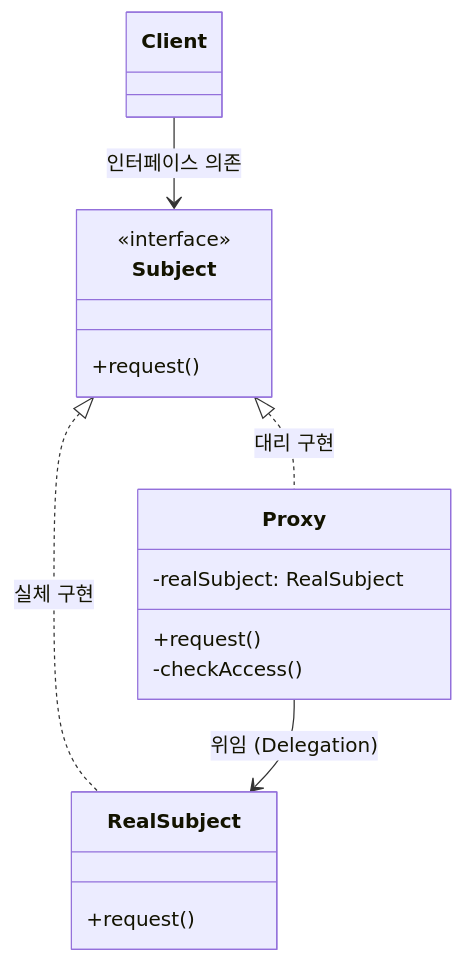
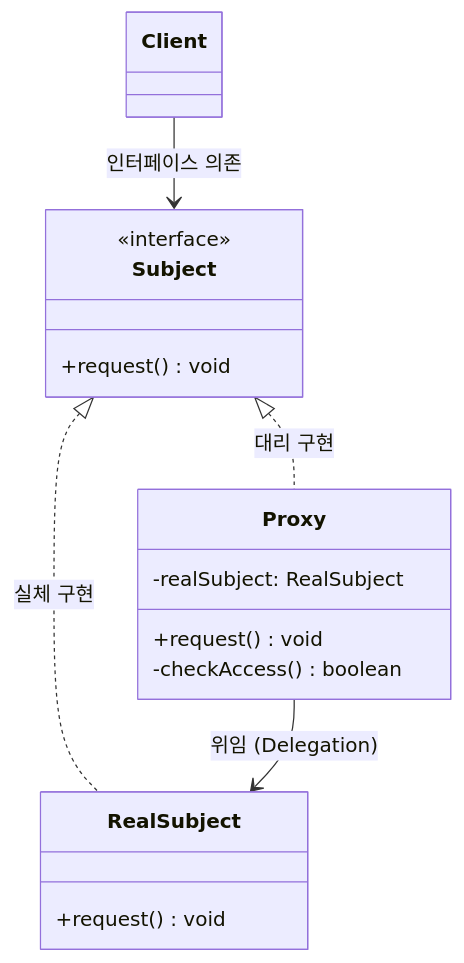
Before and after one commit to supremethumb/supremethumb.github.io: the diagram in content/01_IT Tech/Proxy Pattern.md, drawn with Mermaid. The commit also changed other lines of this file and 362 other files, not shown here.

````diff
--- a/content/01_IT Tech/Proxy Pattern.md
+++ b/content/01_IT Tech/Proxy Pattern.md
@@ -27,26 +31,26 @@
 ```mermaid
 classDiagram
+    direction TB
     class Subject {
         <<interface>>
-        +request()
+        +request() void
     }
 
     class RealSubject {
-        +request()
+        +request() void
     }
 
     class Proxy {
         -realSubject: RealSubject
-        +request()
-        -checkAccess()
+        +request() void
+        -checkAccess() boolean
     }
 
     class Client {
     }
 
     Subject <|.. RealSubject : 실체 구현
     Subject <|.. Proxy : 대리 구현
     Proxy --> RealSubject : 위임 (Delegation)
     Client --> Subject : 인터페이스 의존
-
 ```
````
